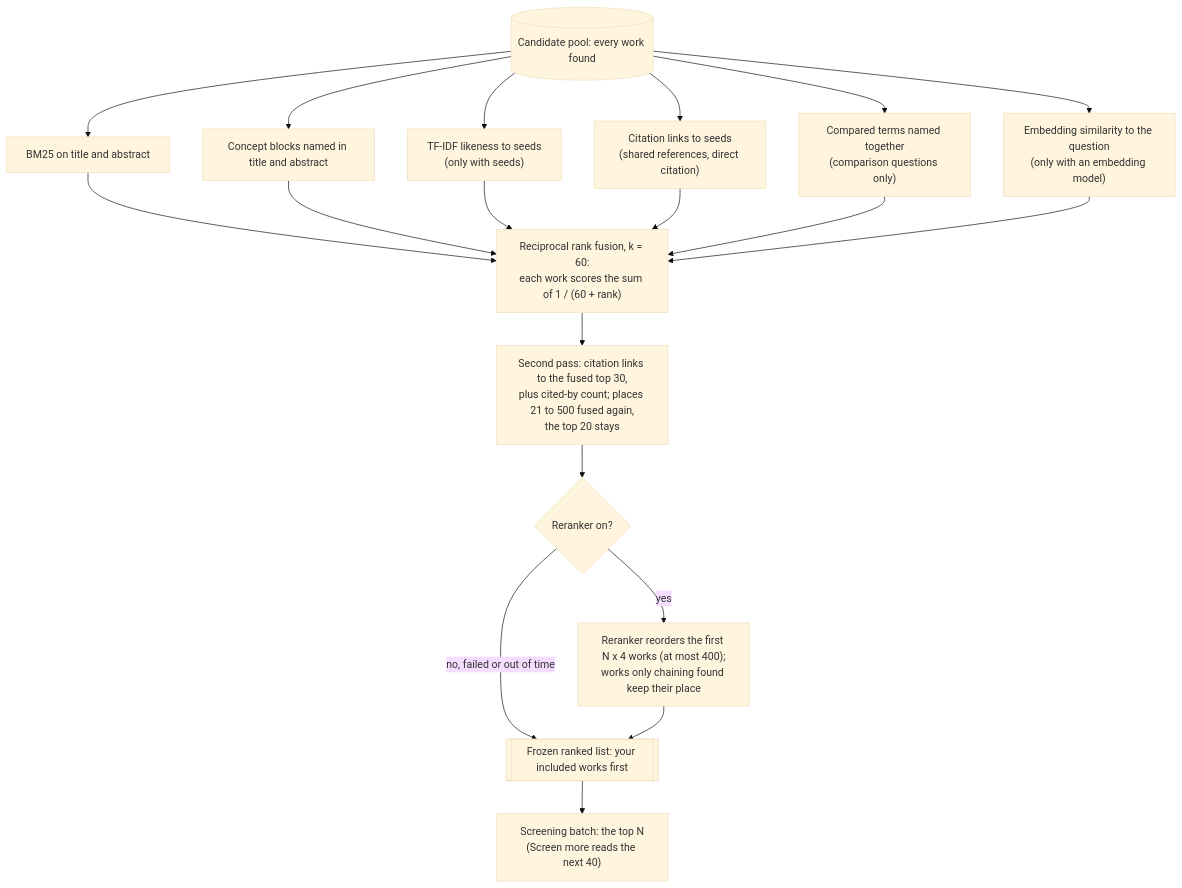
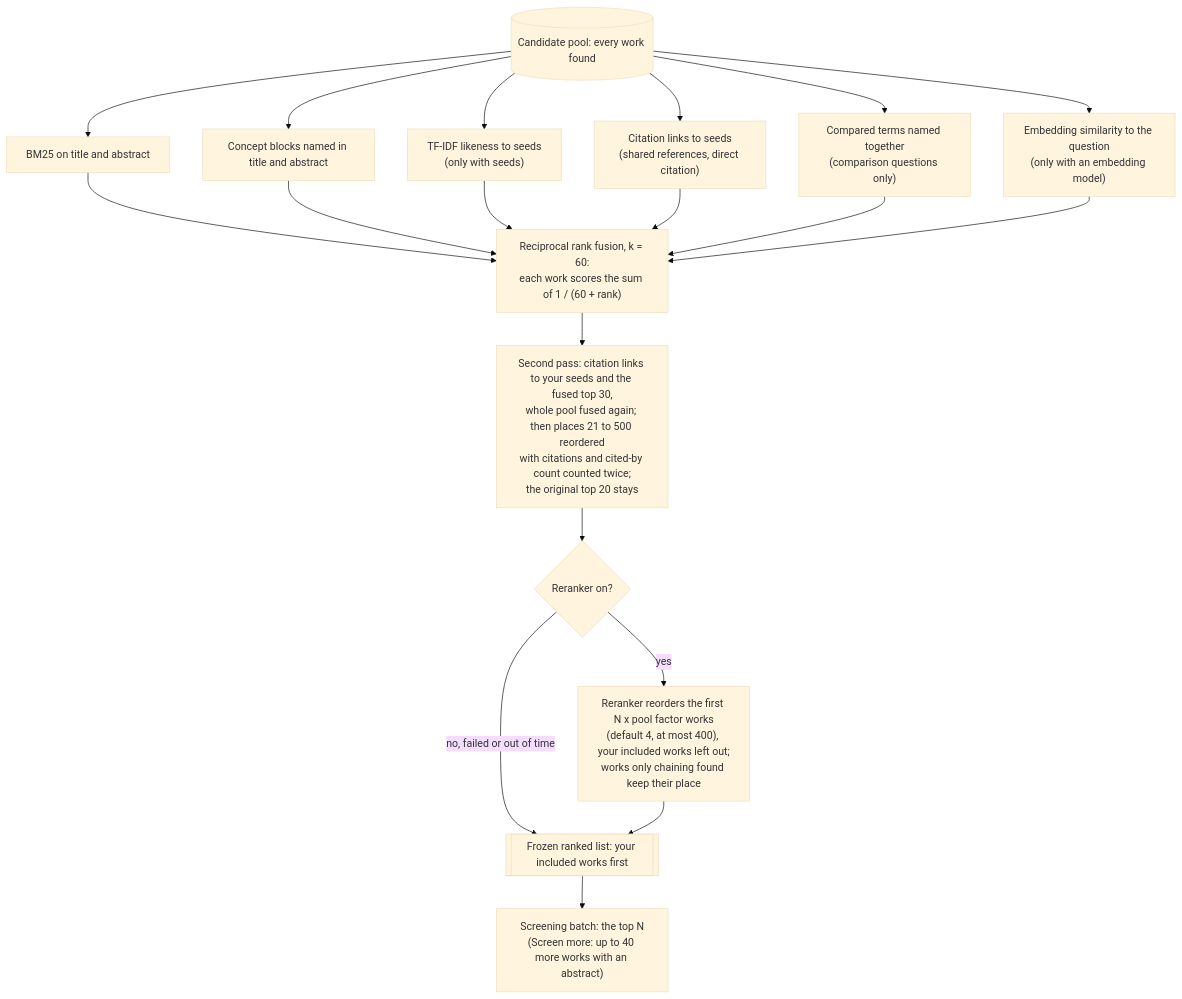
One commit to huguryildiz/DEIXIS changed the second of 2 diagrams in docs/search.md. Above: the diagram before and after it, drawn with Mermaid (base theme). The commit also changed other lines of this file, not shown here.

````diff
--- a/docs/search.md
+++ b/docs/search.md
@@ -49,21 +49,21 @@
 ```mermaid
 flowchart TD
     POOL[("Candidate pool: every work found")] --> B["BM25 on title and abstract"]
     POOL --> BL["Concept blocks named in title and abstract"]
     POOL --> TF["TF-IDF likeness to seeds<br/>(only with seeds)"]
     POOL --> G["Citation links to seeds<br/>(shared references, direct citation)"]
     POOL --> J["Compared terms named together<br/>(comparison questions only)"]
     POOL --> E["Embedding similarity to the question<br/>(only with an embedding model)"]
     B --> F["Reciprocal rank fusion, k = 60:<br/>each work scores the sum of 1 / (60 + rank)"]
     BL --> F
     TF --> F
     G --> F
     J --> F
     E --> F
-    F --> P2["Second pass: citation links to the fused top 30,<br/>plus cited-by count; places 21 to 500 fused again,<br/>the top 20 stays"]
+    F --> P2["Second pass: citation links to your seeds and the fused top 30,<br/>whole pool fused again; then places 21 to 500 reordered<br/>with citations and cited-by count counted twice;<br/>the original top 20 stays"]
     P2 --> RR{"Reranker on?"}
-    RR -->|"yes"| RRK["Reranker reorders the first N x 4 works (at most 400);<br/>works only chaining found keep their place"]
+    RR -->|"yes"| RRK["Reranker reorders the first N x pool factor works<br/>(default 4, at most 400), your included works left out;<br/>works only chaining found keep their place"]
     RR -->|"no, failed or out of time"| LIST
     RRK --> LIST[["Frozen ranked list: your included works first"]]
-    LIST --> BATCH["Screening batch: the top N<br/>(Screen more reads the next 40)"]
+    LIST --> BATCH["Screening batch: the top N<br/>(Screen more: up to 40 more works with an abstract)"]
 ```
````
